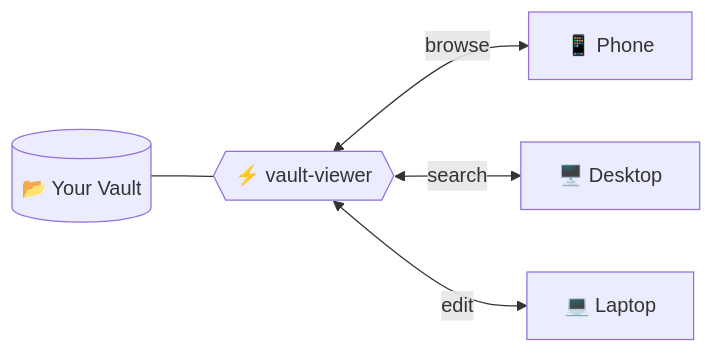
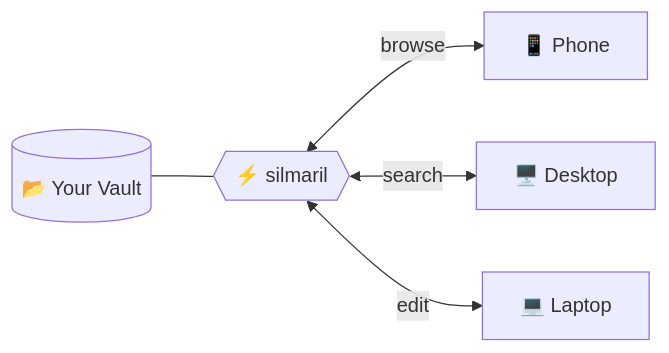
One commit to MerkulovDaniil/obsidian-vault-viewer changed the diagram in README.md. Above: the diagram before and after it, drawn with Mermaid. The commit also changed other lines of this file and 7 other files, not shown here.

Commit message:
rename: obsidian-vault-viewer → silmaril

````diff
--- a/README.md
+++ b/README.md
@@ -5,7 +5,7 @@
 ```mermaid
 graph LR
-    V[("📂 Your Vault")] --- S{{"⚡ vault-viewer"}}
+    V[("📂 Your Vault")] --- S{{"⚡ silmaril"}}
     S <-->|browse| P["📱 Phone"]
     S <-->|search| D["🖥️ Desktop"]
     S <-->|edit| L["💻 Laptop"]
 ```
````
